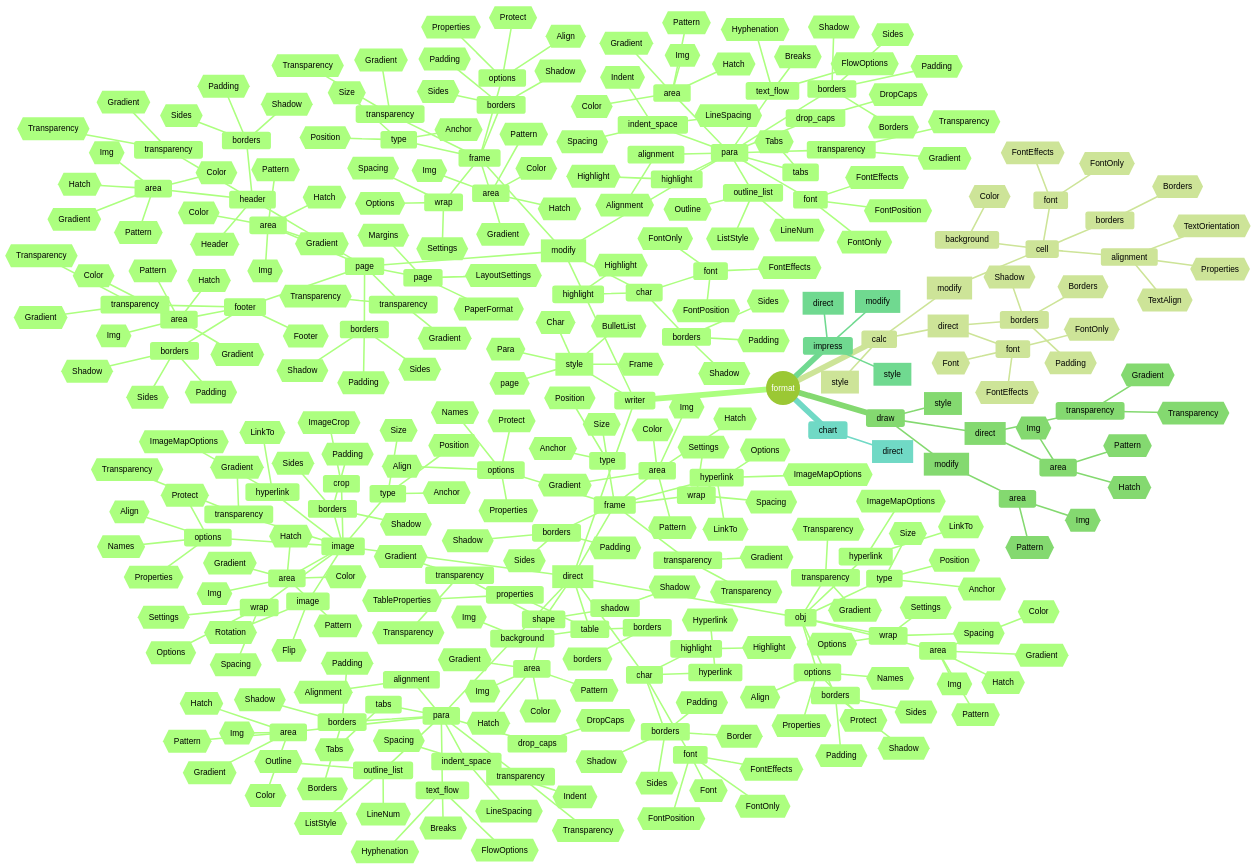
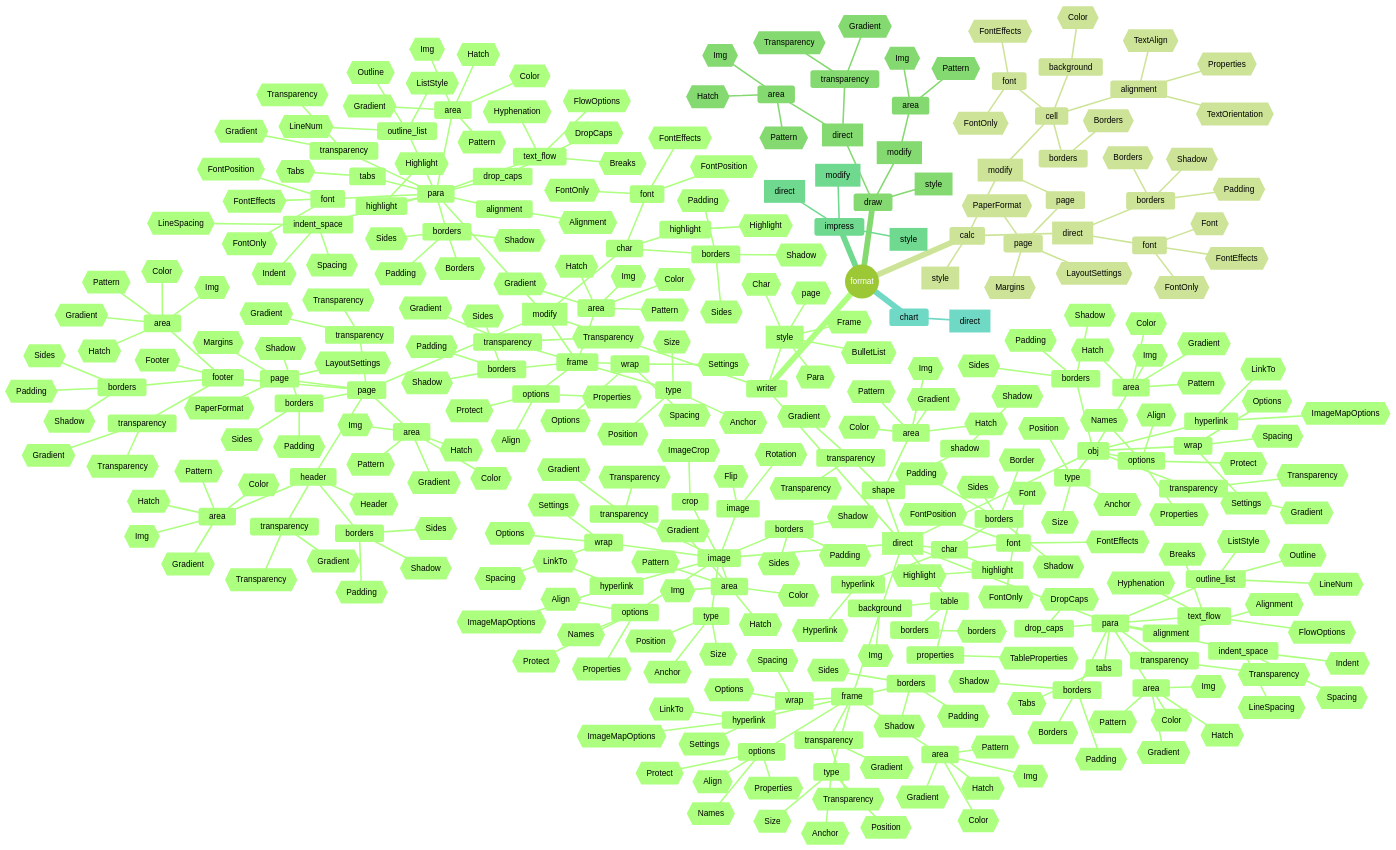
One commit to Amourspirit/python_ooo_dev_tools changed the diagram in ooodev/format/readme.md. Above: the diagram before and after it, drawn with Mermaid (forest theme). The commit also changed 22 other files, not shown here.

Commit message:
format.calc.modify.page.page

```diff
--- a/ooodev/format/readme.md
+++ b/ooodev/format/readme.md
@@ -6,8 +6,7 @@
     root((format))
         writer
             [direct]
-            ::icon(fa fa-book)
-                char
+                 char
                     highlight
                         id{{Highlight}}
                     hyperlink
@@ -321,6 +320,11 @@
                     font
                         id{{FontOnly}}
                         id{{FontEffects}}
+                page
+                    page
+                        id{{LayoutSettings}}
+                        id{{Margins}}
+                        id{{PaperFormat}}
             [style]
         draw
             [direct]
```
